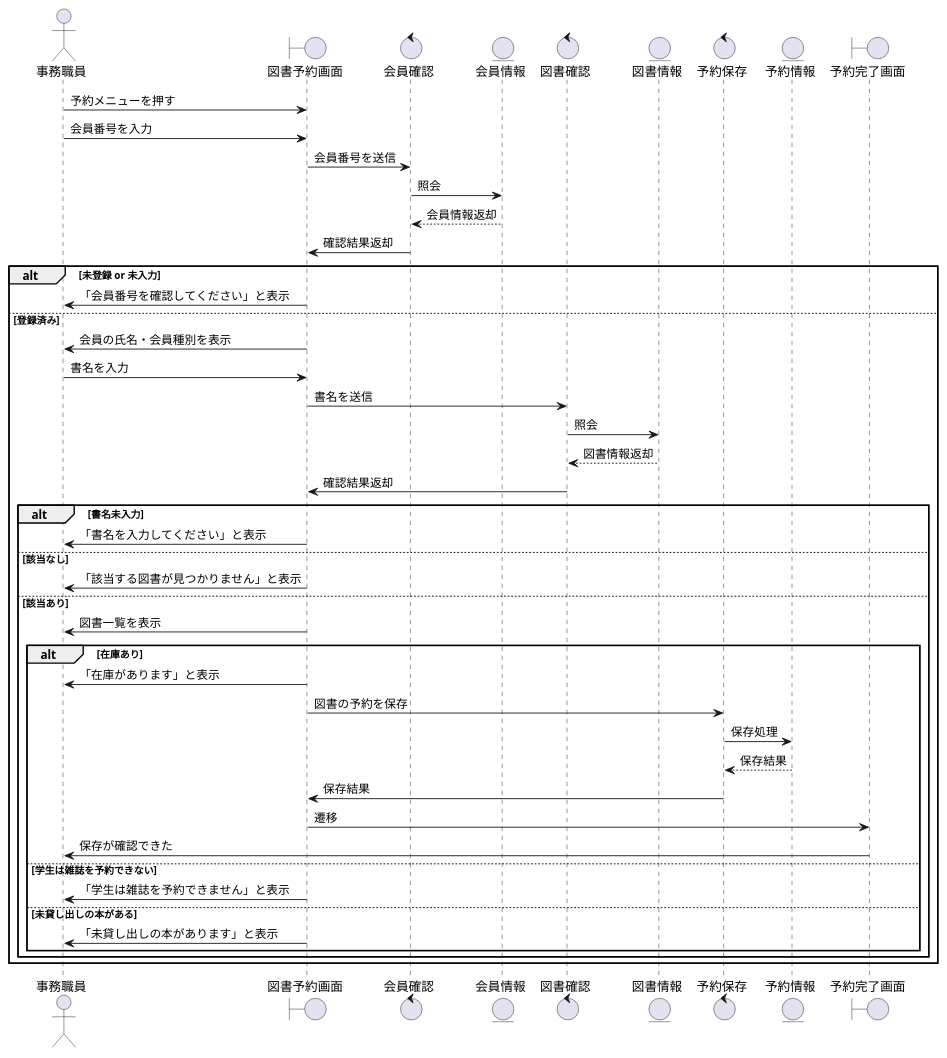
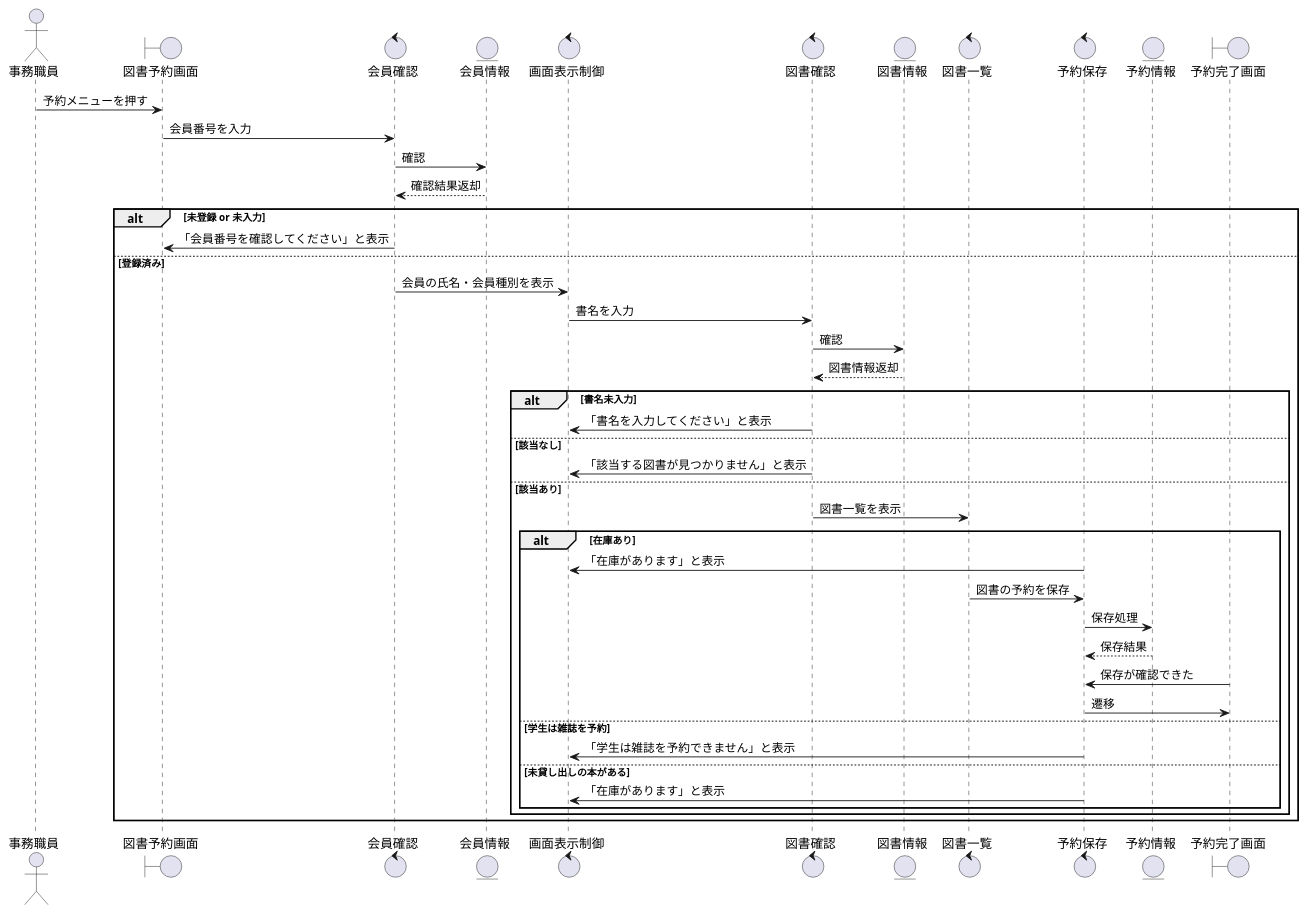
The diagram in group/単位認定試験第2回/コード/シーケンス図/sequence01_Reservation.pu (ko246/ohara_uml), drawn with PlantUML before and after one commit.

```diff
--- a/group/単位認定試験第2回/コード/シーケンス図/sequence01_Reservation.pu
+++ b/group/単位認定試験第2回/コード/シーケンス図/sequence01_Reservation.pu
@@ -1,50 +1,48 @@
 @startuml Reservation
 actor 事務職員
 boundary 図書予約画面
 control 会員確認
 entity 会員情報
+control 画面表示制御
 control 図書確認
 entity 図書情報
+control 図書一覧
 control 予約保存
 entity 予約情報
 boundary 予約完了画面
 
 事務職員 -> 図書予約画面 : 予約メニューを押す
-事務職員 -> 図書予約画面 : 会員番号を入力
-図書予約画面 -> 会員確認 : 会員番号を送信
-会員確認 -> 会員情報 : 照会
-会員情報 --> 会員確認 : 会員情報返却
-会員確認 -> 図書予約画面 : 確認結果返却
+図書予約画面 -> 会員確認 : 会員番号を入力
+会員確認 -> 会員情報 : 確認
+会員情報 --> 会員確認 : 確認結果返却
 
 alt 未登録 or 未入力
-    図書予約画面 -> 事務職員 : 「会員番号を確認してください」と表示
+    会員確認 -> 図書予約画面 : 「会員番号を確認してください」と表示
 else 登録済み
-    図書予約画面 -> 事務職員 : 会員の氏名・会員種別を表示
-    事務職員 -> 図書予約画面 : 書名を入力
-    図書予約画面 -> 図書確認 : 書名を送信
-    図書確認 -> 図書情報 : 照会
+    会員確認 -> 画面表示制御 : 会員の氏名・会員種別を表示
+    画面表示制御 -> 図書確認 : 書名を入力
+    図書確認 -> 図書情報 : 確認
     図書情報 --> 図書確認 : 図書情報返却
-    図書確認 -> 図書予約画面 : 確認結果返却
+
 
     alt 書名未入力
-        図書予約画面 -> 事務職員 : 「書名を入力してください」と表示
+        図書確認 -> 画面表示制御 : 「書名を入力してください」と表示
     else 該当なし
-        図書予約画面 -> 事務職員 : 「該当する図書が見つかりません」と表示
+        図書確認 -> 画面表示制御 : 「該当する図書が見つかりません」と表示
     else 該当あり
-        図書予約画面 -> 事務職員 : 図書一覧を表示
+        図書確認 -> 図書一覧 : 図書一覧を表示
         alt 在庫あり
-            図書予約画面 -> 事務職員 : 「在庫があります」と表示
-            図書予約画面 -> 予約保存 : 図書の予約を保存
+            予約保存 -> 画面表示制御 : 「在庫があります」と表示
+            図書一覧 -> 予約保存 : 図書の予約を保存
             予約保存 -> 予約情報 : 保存処理
             予約情報 --> 予約保存 : 保存結果
-            予約保存 -> 図書予約画面 : 保存結果
-            図書予約画面 -> 予約完了画面 : 遷移
-            予約完了画面 -> 事務職員 : 保存が確認できた
-        else 学生は雑誌を予約できない
-            図書予約画面 -> 事務職員 : 「学生は雑誌を予約できません」と表示
+            予約完了画面 -> 予約保存 : 保存が確認できた
+            予約保存 -> 予約完了画面 : 遷移
+        else 学生は雑誌を予約
+            予約保存 -> 画面表示制御 : 「学生は雑誌を予約できません」と表示
         else 未貸し出しの本がある
-            図書予約画面 -> 事務職員 : 「未貸し出しの本があります」と表示
+            予約保存 -> 画面表示制御 : 「在庫があります」と表示
         end
     end
 end
 @enduml
```
